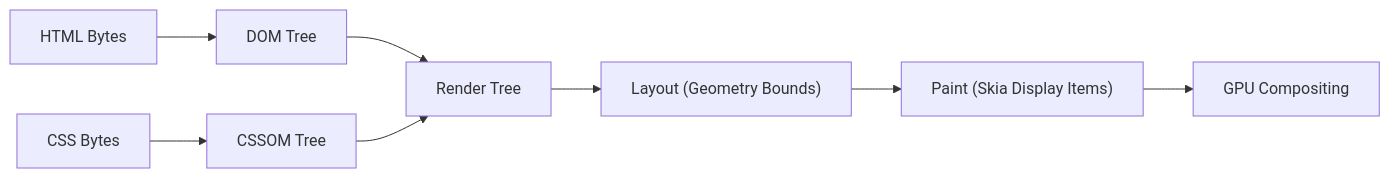
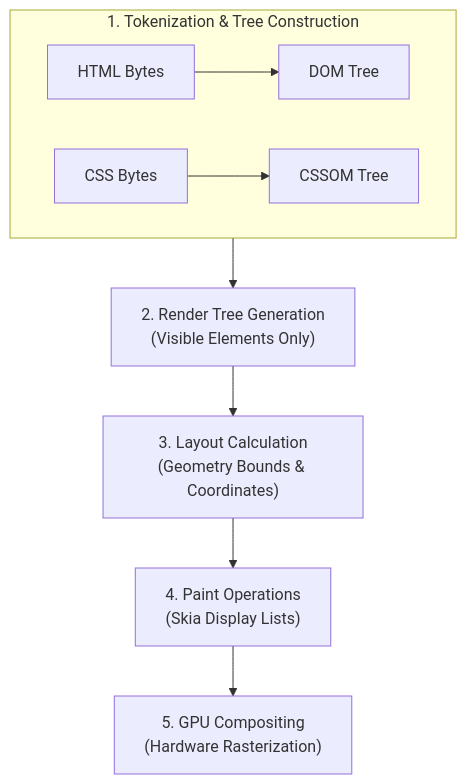
The fourth of 4 diagrams in _posts/2026-08-27-what-happens-after-you-enter-a-url-in-chrome.md (naimurhasan/naimurhasan.github.io), drawn with Mermaid before and after one commit. The commit also changed other lines of this file and 28 other files, not shown here.

Commit message:
fix(blog): refactor all Mermaid diagrams to vertical legible layouts and restore in-body illustrations

````diff
--- a/_posts/2026-08-27-what-happens-after-you-enter-a-url-in-chrome.md
+++ b/_posts/2026-08-27-what-happens-after-you-enter-a-url-in-chrome.md
@@ -88,9 +77,11 @@
 ```mermaid
-flowchart LR
-  HTML["HTML Bytes"] --> DOM["DOM Tree"]
-  CSS["CSS Bytes"] --> CSSOM["CSSOM Tree"]
-  DOM & CSSOM --> RenderTree["Render Tree"]
-  RenderTree --> Layout["Layout (Geometry Bounds)"]
-  Layout --> Paint["Paint (Skia Display Items)"]
-  Paint --> Composite["GPU Compositing"]
+flowchart TD
+  subgraph Parsers ["1. Tokenization & Tree Construction"]
+    HTML["HTML Bytes"] --> DOM["DOM Tree"]
+    CSS["CSS Bytes"] --> CSSOM["CSSOM Tree"]
+  end
+  Parsers --> RenderTree["2. Render Tree Generation<br/>(Visible Elements Only)"]
+  RenderTree --> Layout["3. Layout Calculation<br/>(Geometry Bounds & Coordinates)"]
+  Layout --> Paint["4. Paint Operations<br/>(Skia Display Lists)"]
+  Paint --> Composite["5. GPU Compositing<br/>(Hardware Rasterization)"]
 ```
````
